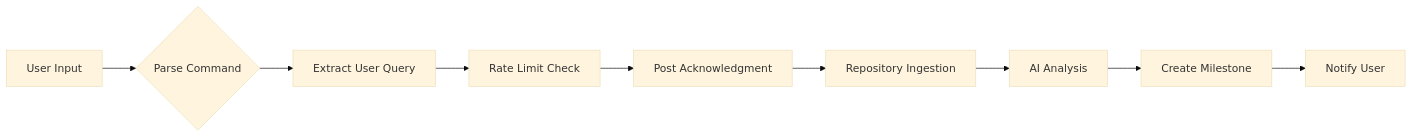
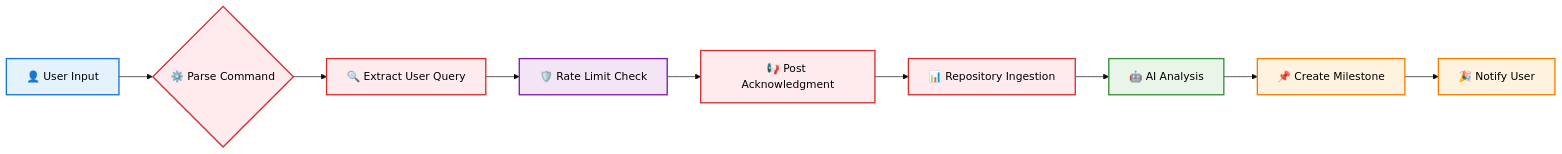
One commit to larp0/uwularpy changed the fourth of 5 diagrams in AT_L_PLAN_COMPLETE_DOCUMENTATION.md. Above: the diagram before and after it, drawn with Mermaid (base theme). The commit also changed other lines of this file and 1 other file, not shown here.

Commit message:
Improve mermaid diagrams with enhanced styling, icons, and visual hierarchy

````diff
--- a/AT_L_PLAN_COMPLETE_DOCUMENTATION.md
+++ b/AT_L_PLAN_COMPLETE_DOCUMENTATION.md
@@ -127,11 +173,24 @@
 ```mermaid
 flowchart LR
-    A[User Input] --> B{Parse Command}
-    B --> C[Extract User Query]
-    C --> D[Rate Limit Check]
-    D --> E[Post Acknowledgment]
-    E --> F[Repository Ingestion]
-    F --> G[AI Analysis]
-    G --> H[Create Milestone]
-    H --> I[Notify User]
+    A[👤 User Input] --> B{⚙️ Parse Command}
+    B --> C[🔍 Extract User Query]
+    C --> D[🛡️ Rate Limit Check]
+    D --> E[📢 Post Acknowledgment]
+    E --> F[📊 Repository Ingestion]
+    F --> G[🤖 AI Analysis]
+    G --> H[📌 Create Milestone]
+    H --> I[🎉 Notify User]
+    
+    %% Enhanced styling for workflow clarity
+    classDef userAction fill:#e3f2fd,stroke:#1976d2,stroke-width:2px,color:#000
+    classDef systemProcess fill:#f3e5f5,stroke:#7b1fa2,stroke-width:2px,color:#000
+    classDef aiProcess fill:#e8f5e8,stroke:#388e3c,stroke-width:2px,color:#000
+    classDef output fill:#fff3e0,stroke:#f57c00,stroke-width:2px,color:#000
+    classDef check fill:#ffebee,stroke:#d32f2f,stroke-width:2px,color:#000
+    
+    class A userAction
+    class B,C,E,F check
+    class G aiProcess
+    class H,I output
+    class D systemProcess
 ```
````
